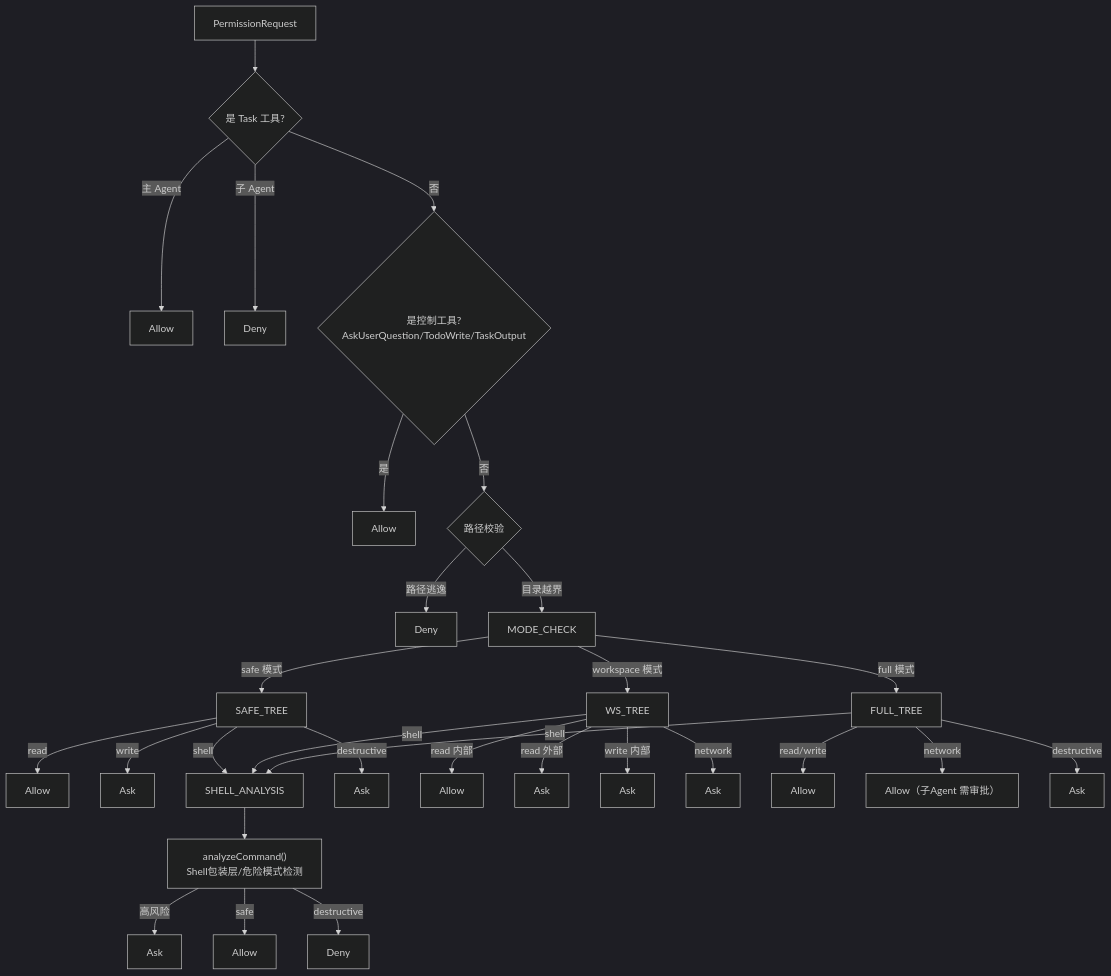
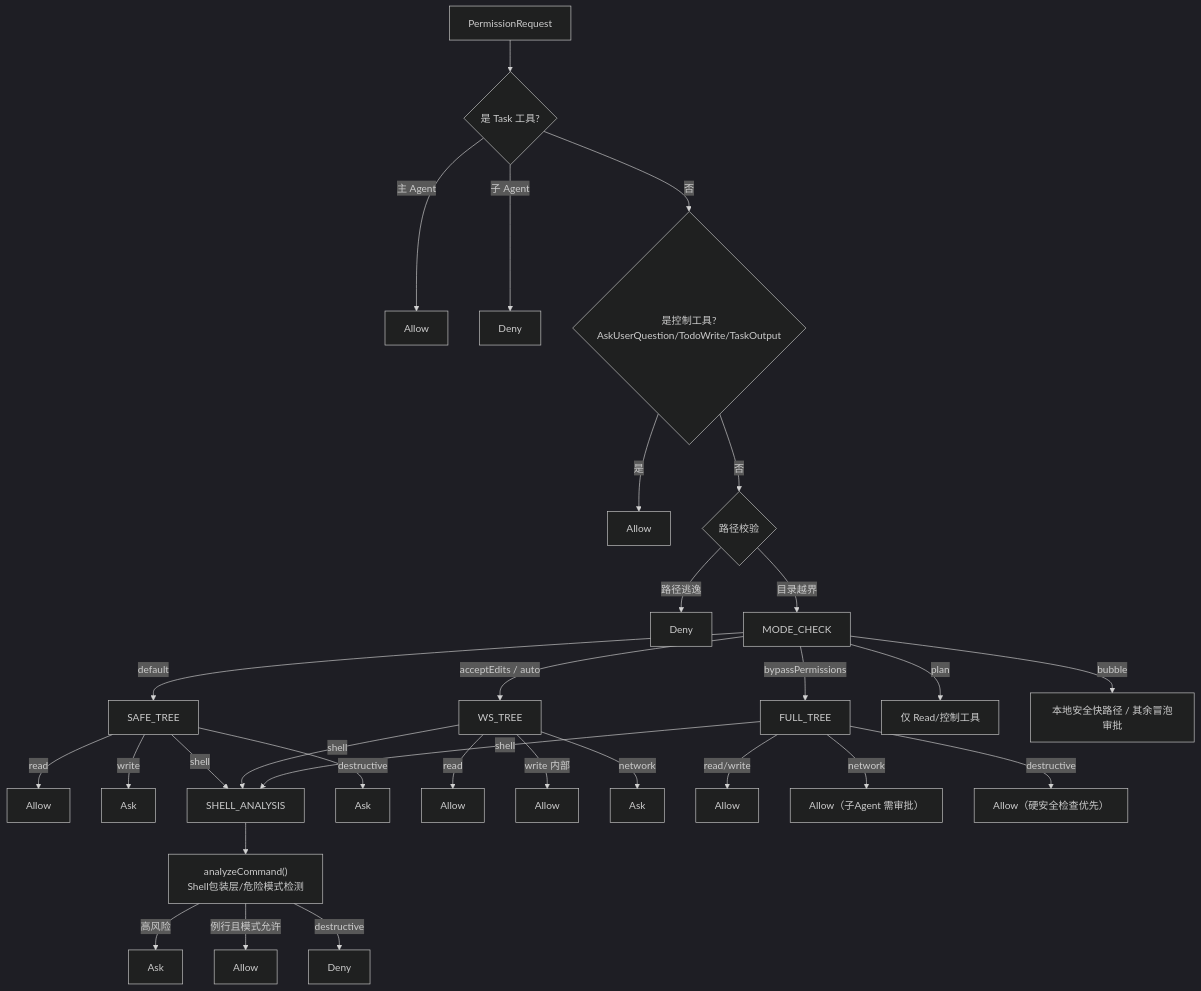
Before and after one commit to YachuanWzh/flavor-code: diagram 15 of 29 in 技术方案报告.md, drawn with Mermaid (dark theme). The commit also changed other lines of this file and 47 other files, not shown here.

````diff
--- a/技术方案报告.md
+++ b/技术方案报告.md
@@ -1397,38 +1436,39 @@
 ```mermaid
 flowchart TD
     REQ[PermissionRequest] --> T1{是 Task 工具?}
     T1 -->|主 Agent| A1[Allow]
     T1 -->|子 Agent| D1[Deny]
 
     T1 -->|否| T2{是控制工具?<br/>AskUserQuestion/TodoWrite/TaskOutput}
     T2 -->|是| A2[Allow]
 
     T2 -->|否| T3{路径校验}
     T3 -->|路径逃逸| D2[Deny]
     T3 -->|目录越界| MODE_CHECK
 
-    MODE_CHECK -->|safe 模式| SAFE_TREE
-    MODE_CHECK -->|workspace 模式| WS_TREE
-    MODE_CHECK -->|full 模式| FULL_TREE
+    MODE_CHECK -->|default| SAFE_TREE
+    MODE_CHECK -->|acceptEdits / auto| WS_TREE
+    MODE_CHECK -->|bypassPermissions| FULL_TREE
+    MODE_CHECK -->|plan| PLAN_TREE[仅 Read/控制工具]
+    MODE_CHECK -->|bubble| BUBBLE_TREE[本地安全快路径 / 其余冒泡审批]
 
     SAFE_TREE -->|read| A3a[Allow]
     SAFE_TREE -->|write| ASK3a[Ask]
     SAFE_TREE -->|shell| SHELL_ANALYSIS
     SAFE_TREE -->|destructive| ASK3b[Ask]
 
-    WS_TREE -->|read 内部| A3b[Allow]
-    WS_TREE -->|read 外部| ASK3c[Ask]
-    WS_TREE -->|write 内部| ASK3d[Ask]
+    WS_TREE -->|read| A3b[Allow]
+    WS_TREE -->|write 内部| A3e[Allow]
     WS_TREE -->|shell| SHELL_ANALYSIS
     WS_TREE -->|network| ASK3e[Ask]
 
     FULL_TREE -->|read/write| A3c[Allow]
     FULL_TREE -->|shell| SHELL_ANALYSIS
     FULL_TREE -->|network| A3d[Allow（子Agent 需审批）]
-    FULL_TREE -->|destructive| ASK3f[Ask]
+    FULL_TREE -->|destructive| A3f[Allow（硬安全检查优先）]
 
     SHELL_ANALYSIS --> CMD["analyzeCommand()<br/>Shell包装层/危险模式检测"]
     CMD -->|高风险| ASK_S[Ask]
-    CMD -->|safe| ALLOW_S[Allow]
+    CMD -->|例行且模式允许| ALLOW_S[Allow]
     CMD -->|destructive| DENY_S[Deny]
 ```
````
